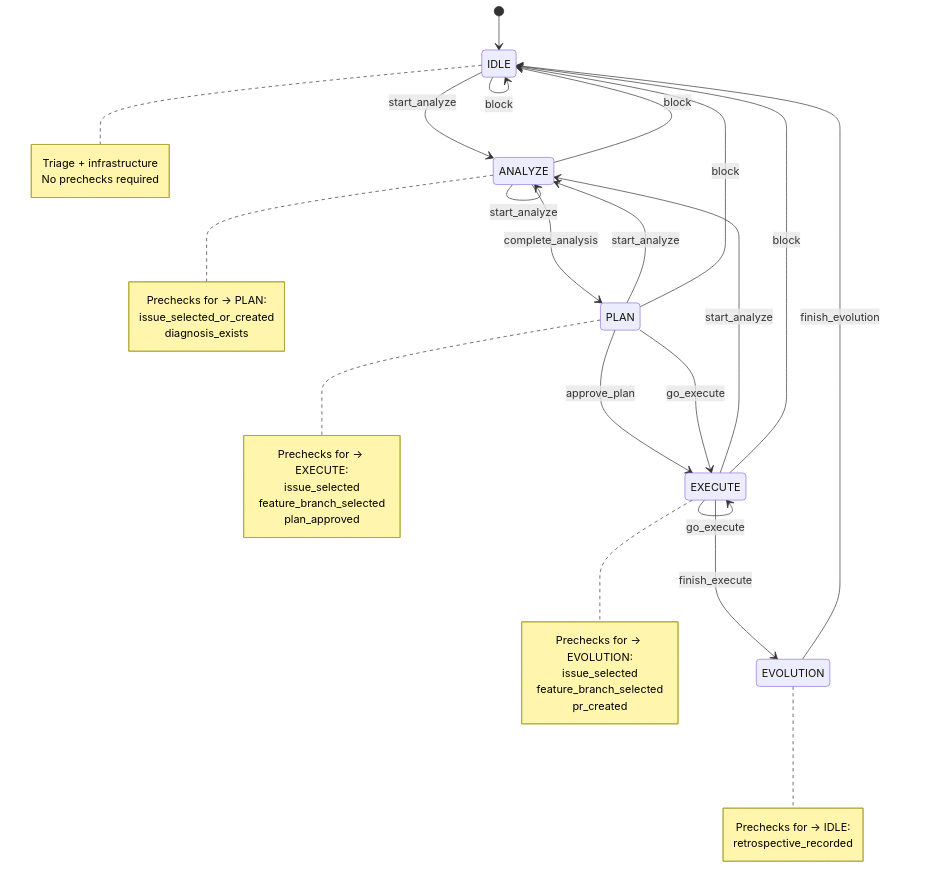
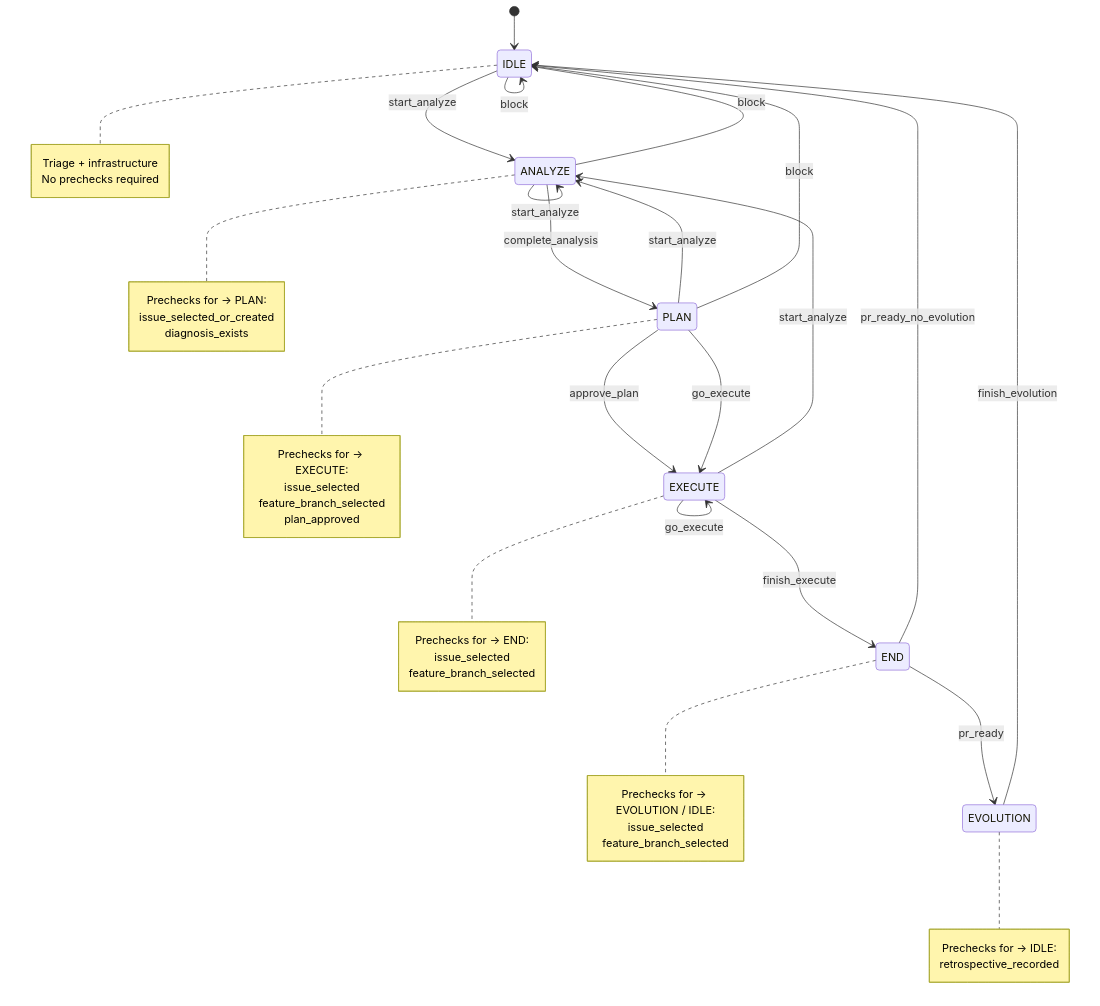
The diagram in code/cli/assets/fsm/fsm-diagram.md (SiliconBrainedMachines/inquiry), drawn with Mermaid before and after one commit. The commit also changed 15 other files, not shown here.

````diff
--- a/code/cli/assets/fsm/fsm-diagram.md
+++ b/code/cli/assets/fsm/fsm-diagram.md
@@ -5,53 +5,59 @@
 ```mermaid
 stateDiagram-v2
     [*] --> IDLE
 
     IDLE --> ANALYZE : start_analyze
     IDLE --> IDLE : block
 
     ANALYZE --> ANALYZE : start_analyze
     ANALYZE --> PLAN : complete_analysis
     ANALYZE --> IDLE : block
 
     PLAN --> ANALYZE : start_analyze
     PLAN --> EXECUTE : approve_plan
     PLAN --> EXECUTE : go_execute
     PLAN --> IDLE : block
 
     EXECUTE --> ANALYZE : start_analyze
-    EXECUTE --> EVOLUTION : finish_execute
+    EXECUTE --> END : finish_execute
     EXECUTE --> EXECUTE : go_execute
-    EXECUTE --> IDLE : block
+    END --> EVOLUTION : pr_ready
+    END --> IDLE : pr_ready_no_evolution
 
     EVOLUTION --> IDLE : finish_evolution
 
     note right of IDLE
         Triage + infrastructure
         No prechecks required
     end note
 
     note right of ANALYZE
         Prechecks for → PLAN:
         issue_selected_or_created
         diagnosis_exists
     end note
 
     note right of PLAN
         Prechecks for → EXECUTE:
         issue_selected
         feature_branch_selected
         plan_approved
     end note
 
     note right of EXECUTE
-        Prechecks for → EVOLUTION:
+        Prechecks for → END:
         issue_selected
         feature_branch_selected
-        pr_created
+    end note
+
+    note right of END
+        Prechecks for → EVOLUTION / IDLE:
+        issue_selected
+        feature_branch_selected
     end note
 
     note right of EVOLUTION
         Prechecks for → IDLE:
         retrospective_recorded
     end note
 ```
````
